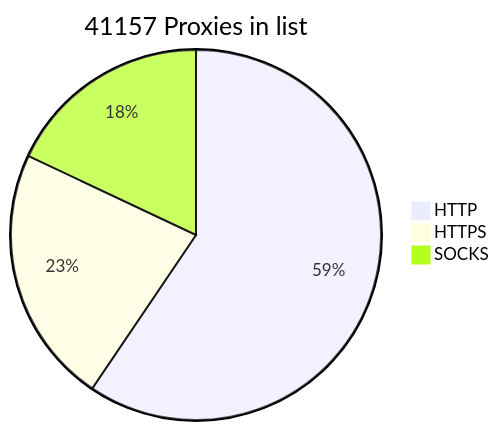
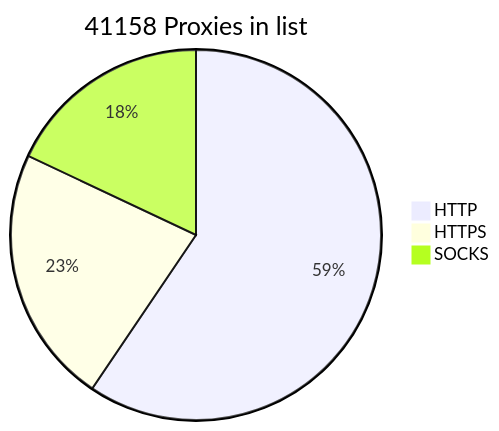
The diagram in README.md (BlackSnowDot/proxylist-update-every-minute), drawn with Mermaid before and after one commit.

````diff
--- a/README.md
+++ b/README.md
@@ -2,6 +2,6 @@
 ```mermaid
-pie title 41157 Proxies in list
+pie title 41158 Proxies in list
     "HTTP" : 28797
     "HTTPS": 10923
-    "SOCKS" : 8709
+    "SOCKS" : 8710
 ```
````
